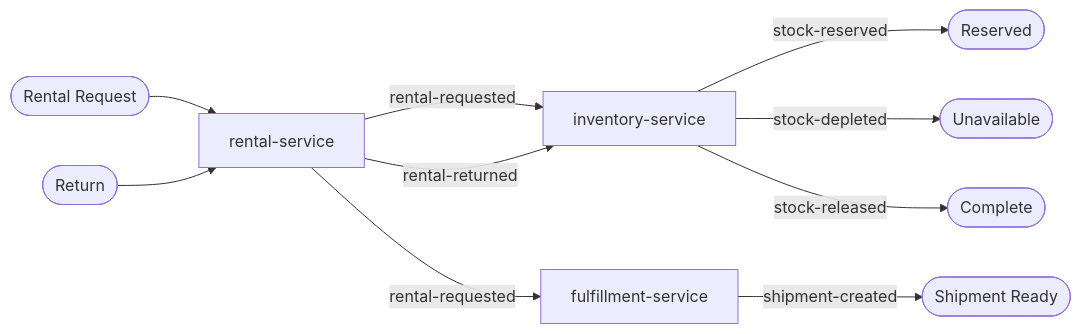
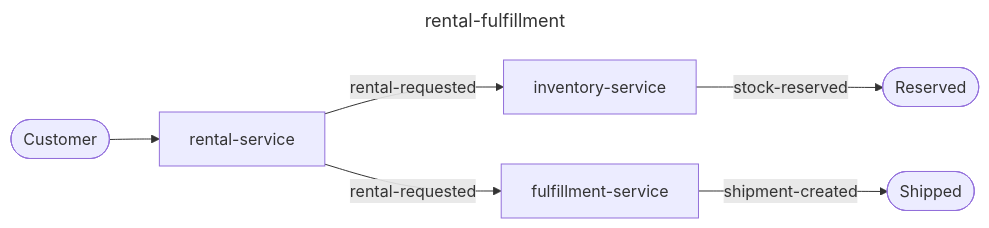
One commit to filozofira/spas changed the first of 3 diagrams in examples/domains/equipment-rental/README.md. Above: the diagram before and after it, drawn with Mermaid. The commit also changed other lines of this file and 46 other files, not shown here.

Commit message:
Rebuild basket-checkout and equipment-rental to use product service. (#78)

````diff
--- a/examples/domains/equipment-rental/README.md
+++ b/examples/domains/equipment-rental/README.md
@@ -3,13 +7,11 @@
 ```mermaid
+---
+title: rental-fulfillment
+---
 flowchart LR
-    Start([Rental Request]) --> RS[rental-service]
+    Start([Customer]) --> RS[rental-service]
     RS -->|rental-requested| IS[inventory-service]
     RS -->|rental-requested| FS[fulfillment-service]
     IS -->|stock-reserved| End1([Reserved])
-    IS -->|stock-depleted| End2([Unavailable])
-    FS -->|shipment-created| End3([Shipment Ready])
-    
-    Return([Return]) --> RS
-    RS -->|rental-returned| IS
-    IS -->|stock-released| End4([Complete])
+    FS -->|shipment-created| End2([Shipped])
 ```
````
